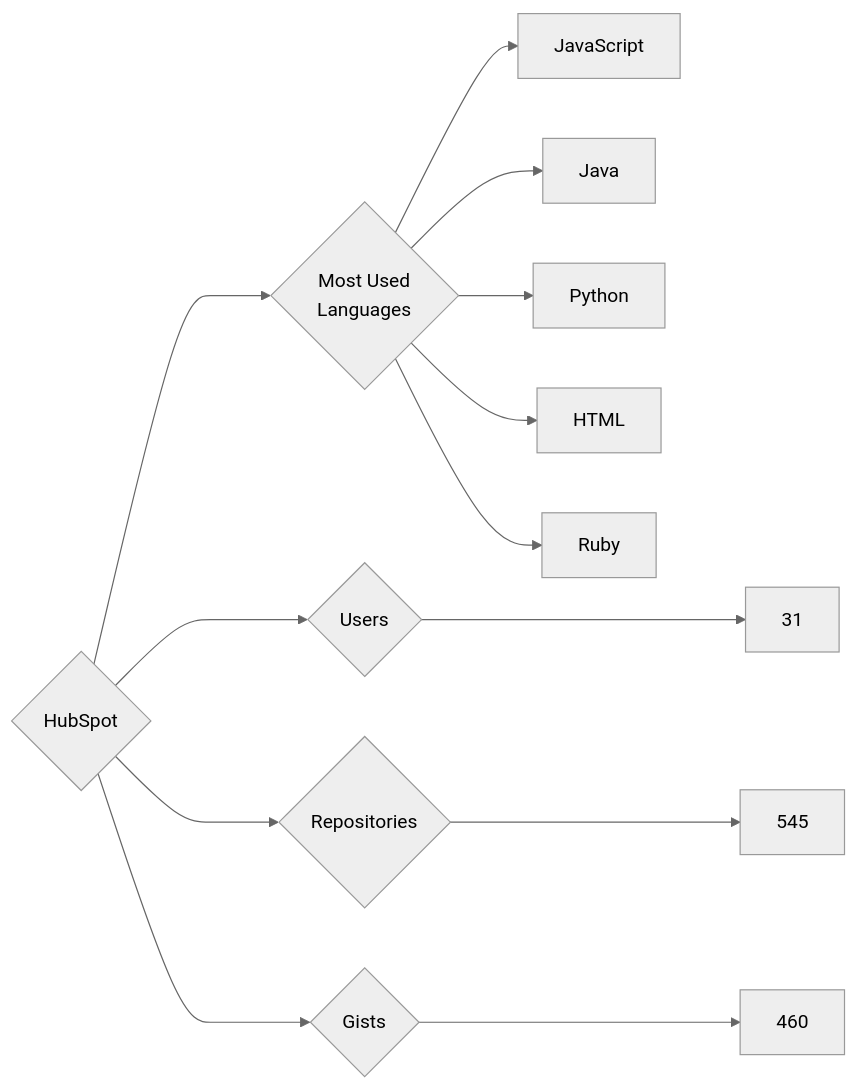
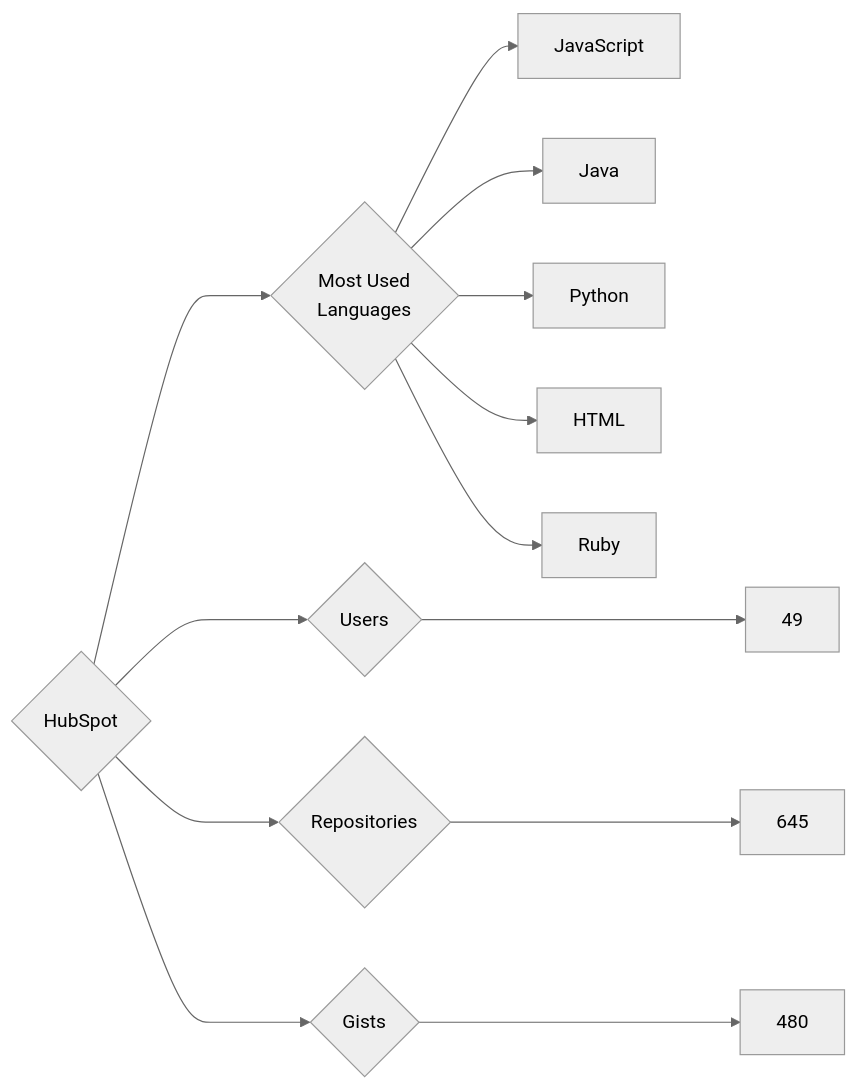
The diagram in targets/HubSpot/README.md (trickest/insiders), drawn with Mermaid (neutral theme) before and after one commit. The commit also changed 872 other files, not shown here.

````diff
--- a/targets/HubSpot/README.md
+++ b/targets/HubSpot/README.md
@@ -3,13 +3,13 @@
 ```mermaid
 graph LR
 COMPANY_NAME{HubSpot}
-COMPANY_NAME ---> U{Users} ---> UN[31]
-COMPANY_NAME ---> R{Repositories} ---> RN[545]
-COMPANY_NAME ---> G{Gists} ---> GN[460]
+COMPANY_NAME ---> U{Users} ---> UN[49]
+COMPANY_NAME ---> R{Repositories} ---> RN[645]
+COMPANY_NAME ---> G{Gists} ---> GN[480]
 COMPANY_NAME ---> ML{Most Used<br>Languages}
 ML --> JavaScript[JavaScript]
 ML --> Java[Java]
 ML --> Python[Python]
 ML --> HTML[HTML]
 ML --> Ruby[Ruby]
 ```
````
